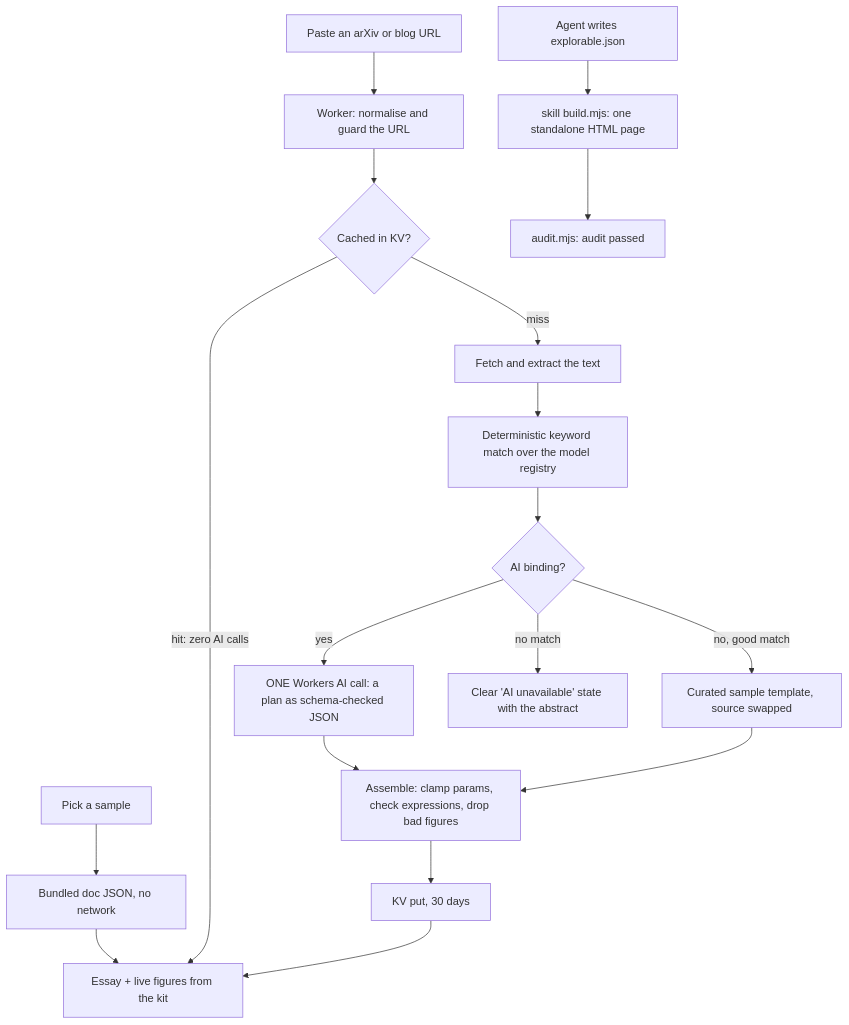
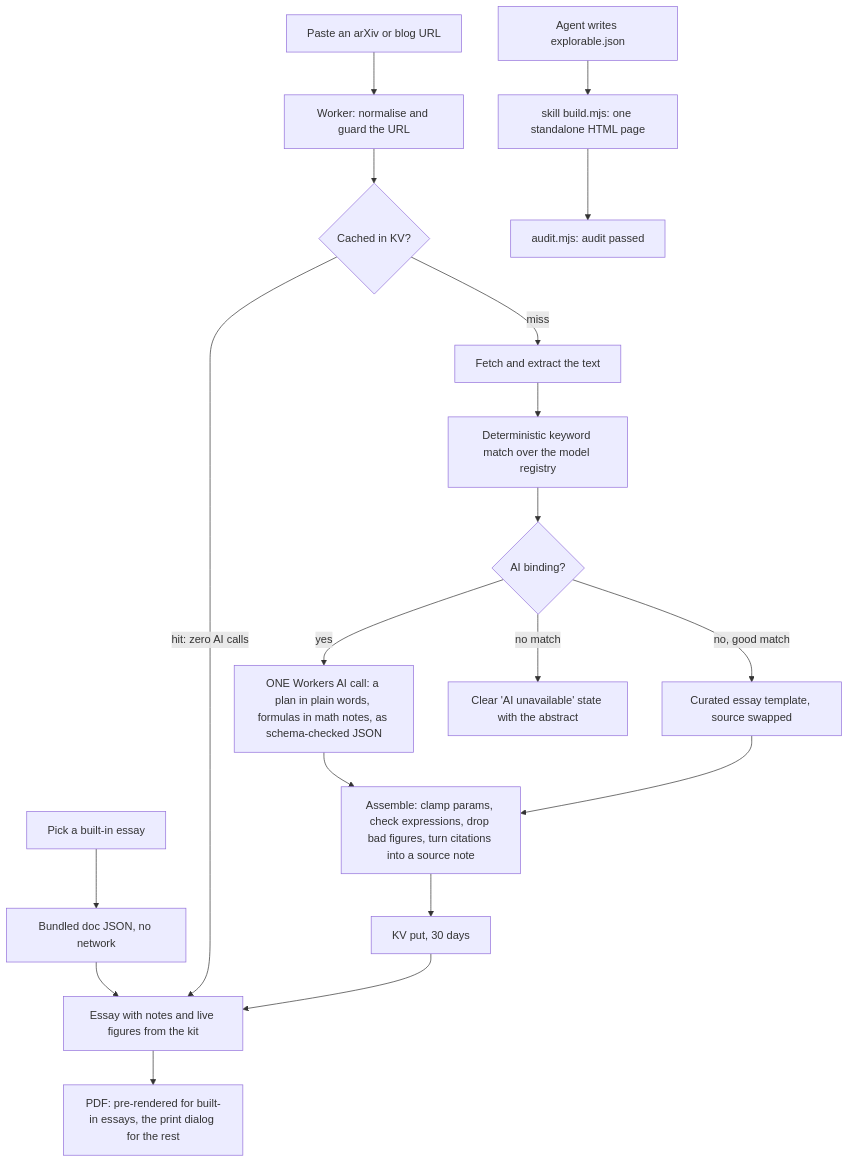
Before and after one commit to geekplux/explorable: the diagram in README.md, drawn with Mermaid. The commit also changed other lines of this file and 22 other files, not shown here.

````diff
--- a/README.md
+++ b/README.md
@@ -37,18 +43,19 @@
 ```mermaid
 flowchart TD
-  S["Pick a sample"] --> J["Bundled doc JSON, no network"]
-  J --> R["Essay + live figures from the kit"]
+  S["Pick a built-in essay"] --> J["Bundled doc JSON, no network"]
+  J --> R["Essay with notes and live figures from the kit"]
   U["Paste an arXiv or blog URL"] --> G["Worker: normalise and guard the URL"]
   G --> K{"Cached in KV?"}
   K -- "hit: zero AI calls" --> R
   K -- miss --> F["Fetch and extract the text"]
   F --> M["Deterministic keyword match over the model registry"]
   M --> A{"AI binding?"}
-  A -- yes --> P["ONE Workers AI call: a plan as schema-checked JSON"]
-  A -- "no, good match" --> T["Curated sample template, source swapped"]
+  A -- yes --> P["ONE Workers AI call: a plan in plain words, formulas in math notes, as schema-checked JSON"]
+  A -- "no, good match" --> T["Curated essay template, source swapped"]
   A -- "no match" --> E["Clear 'AI unavailable' state with the abstract"]
-  P --> V["Assemble: clamp params, check expressions, drop bad figures"]
+  P --> V["Assemble: clamp params, check expressions, drop bad figures, turn citations into a source note"]
   T --> V
   V --> C["KV put, 30 days"] --> R
-  Q["Agent writes explorable.json"] --> B["skill build.mjs: one standalone HTML page"] --> D["audit.mjs: audit passed"]
+  R --> D["PDF: pre-rendered for built-in essays, the print dialog for the rest"]
+  Q["Agent writes explorable.json"] --> B["skill build.mjs: one standalone HTML page"] --> X["audit.mjs: audit passed"]
 ```
````
